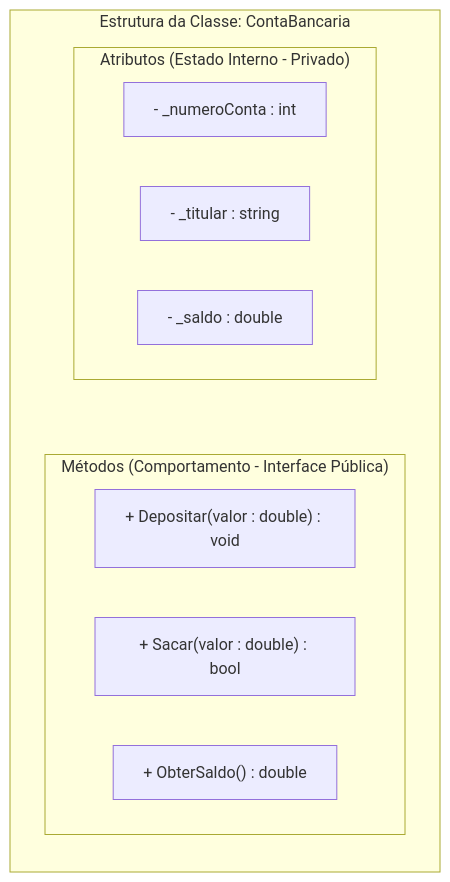
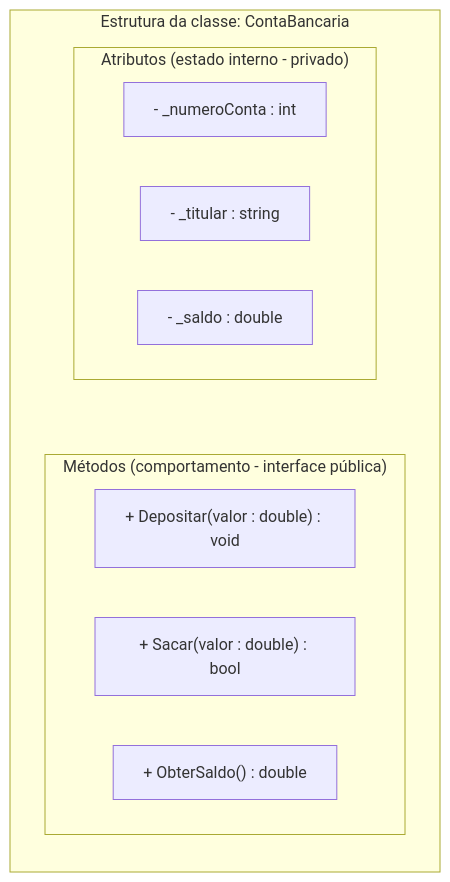
Before and after one commit to leorruas/puc: the second of 7 diagrams in 01. Programacao Modular/07. Atributos e métodos (classes, objetos e definição de membros).md, drawn with Mermaid. The commit also changed other lines of this file and 7 other files, not shown here.

Commit message:
refactor(mermaid): padroniza engine do app com curve linear para linhas retas, atualiza Regra 9 do AGENTS.md e refatora todos os diagramas LR para TD vertical em todo o vault

````diff
--- a/01. Programacao Modular/07. Atributos e métodos (classes, objetos e definição de membros).md
+++ b/01. Programacao Modular/07. Atributos e métodos (classes, objetos e definição de membros).md
@@ -120,19 +120,19 @@
 ```mermaid
-flowchart LR
-    subgraph ClasseContainer ["Estrutura da Classe: ContaBancaria"]
+flowchart TD
+    subgraph ClasseContainer ["Estrutura da classe: ContaBancaria"]
         direction TB
-        subgraph Estado ["Atributos (Estado Interno - Privado)"]
+        subgraph Estado ["Atributos (estado interno - privado)"]
             A1["- _numeroConta : int"]
             A2["- _titular : string"]
             A3["- _saldo : double"]
         end
 
-        subgraph Comportamento ["Métodos (Comportamento - Interface Pública)"]
+        subgraph Comportamento ["Métodos (comportamento - interface pública)"]
             M1["+ Depositar(valor : double) : void"]
             M2["+ Sacar(valor : double) : bool"]
             M3["+ ObterSaldo() : double"]
         end
 
         Estado ~~~ Comportamento
     end
 ```
````
